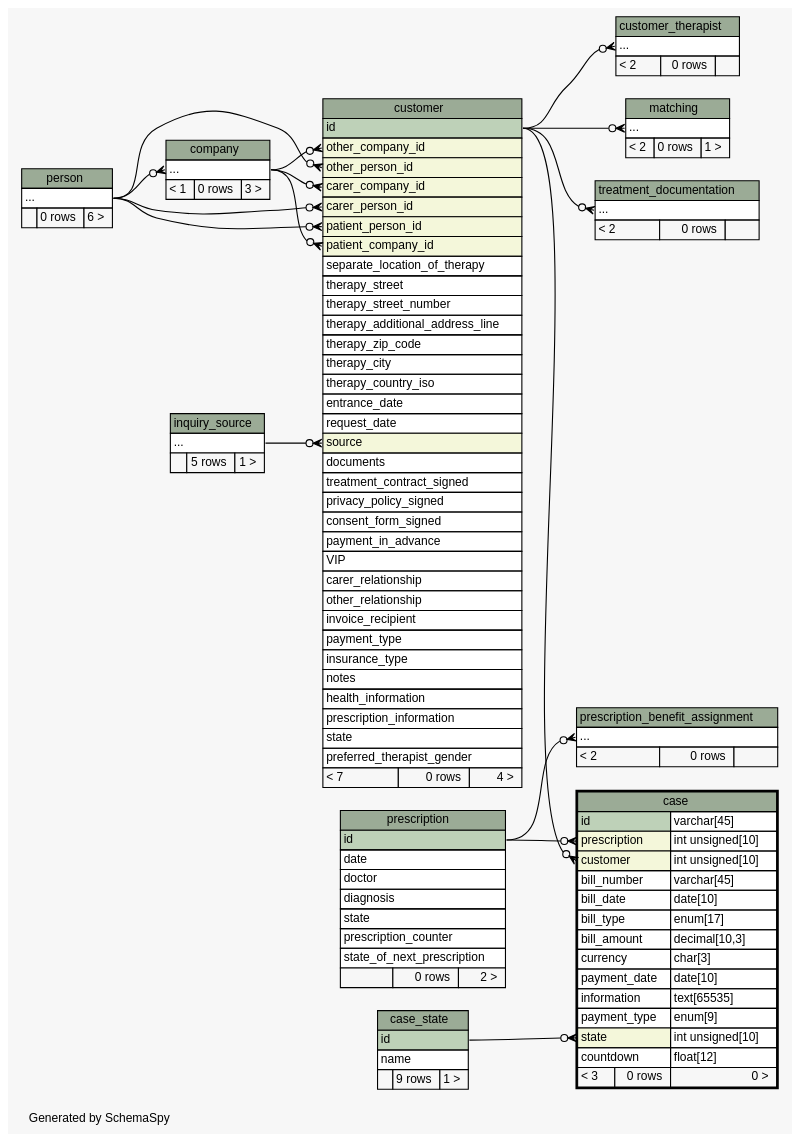
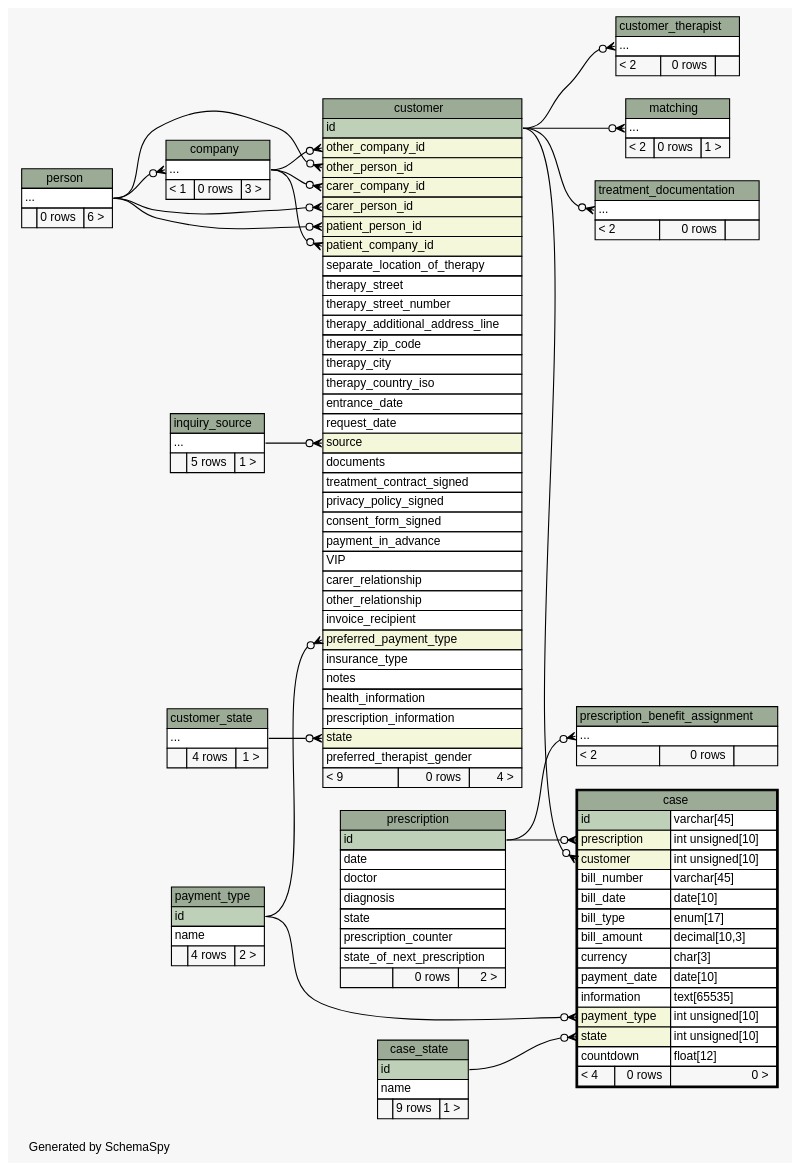
One commit to KaiBMP/KaiBMP.github.io changed the diagram in diagrams/case.2degrees.dot. Above: the diagram before and after it, drawn with Graphviz. The commit also changed 122 other files, not shown here.

Commit message:
schemaspy update

```diff
--- a/diagrams/case.2degrees.dot
+++ b/diagrams/case.2degrees.dot
@@ -20,6 +20,7 @@
     arrowsize="0.8"
   ];
   "case":"customer":w -> "customer":"id":e [arrowhead=none dir=back arrowtail=crowodot];
+  "case":"payment_type":w -> "payment_type":"id":e [arrowhead=none dir=back arrowtail=crowodot];
   "case":"prescription":w -> "prescription":"id":e [arrowhead=none dir=back arrowtail=crowodot];
   "case":"state":w -> "case_state":"id":e [arrowhead=none dir=back arrowtail=crowodot];
   "company":"elipses":w -> "person":"elipses":e [arrowhead=none dir=back arrowtail=crowodot];
@@ -29,7 +30,9 @@
   "customer":"other_person_id":w -> "person":"elipses":e [arrowhead=none dir=back arrowtail=crowodot];
   "customer":"patient_company_id":w -> "company":"elipses":e [arrowhead=none dir=back arrowtail=crowodot];
   "customer":"patient_person_id":w -> "person":"elipses":e [arrowhead=none dir=back arrowtail=crowodot];
+  "customer":"preferred_payment_type":w -> "payment_type":"id":e [arrowhead=none dir=back arrowtail=crowodot];
   "customer":"source":w -> "inquiry_source":"elipses":e [arrowhead=none dir=back arrowtail=crowodot];
+  "customer":"state":w -> "customer_state":"elipses":e [arrowhead=none dir=back arrowtail=crowodot];
   "customer_therapist":"elipses":w -> "customer":"id":e [arrowhead=none dir=back arrowtail=crowodot];
   "matching":"elipses":w -> "customer":"id":e [arrowhead=none dir=back arrowtail=crowodot];
   "prescription_benefit_assignment":"elipses":w -> "prescription":"id":e [arrowhead=none dir=back arrowtail=crowodot];
@@ -48,10 +51,10 @@
       <TR><TD PORT="currency" COLSPAN="2" ALIGN="LEFT">currency</TD><TD PORT="currency.type" ALIGN="LEFT">char[3]</TD></TR>
       <TR><TD PORT="payment_date" COLSPAN="2" ALIGN="LEFT">payment_date</TD><TD PORT="payment_date.type" ALIGN="LEFT">date[10]</TD></TR>
       <TR><TD PORT="information" COLSPAN="2" ALIGN="LEFT">information</TD><TD PORT="information.type" ALIGN="LEFT">text[65535]</TD></TR>
-      <TR><TD PORT="payment_type" COLSPAN="2" ALIGN="LEFT">payment_type</TD><TD PORT="payment_type.type" ALIGN="LEFT">enum[9]</TD></TR>
+      <TR><TD PORT="payment_type" COLSPAN="2" BGCOLOR="#f4f7da" ALIGN="LEFT">payment_type</TD><TD PORT="payment_type.type" ALIGN="LEFT">int unsigned[10]</TD></TR>
       <TR><TD PORT="state" COLSPAN="2" BGCOLOR="#f4f7da" ALIGN="LEFT">state</TD><TD PORT="state.type" ALIGN="LEFT">int unsigned[10]</TD></TR>
       <TR><TD PORT="countdown" COLSPAN="2" ALIGN="LEFT">countdown</TD><TD PORT="countdown.type" ALIGN="LEFT">float[12]</TD></TR>
-      <TR><TD ALIGN="LEFT" BGCOLOR="#f7f7f7">&lt; 3</TD><TD ALIGN="RIGHT" BGCOLOR="#f7f7f7">0 rows</TD><TD ALIGN="RIGHT" BGCOLOR="#f7f7f7">0 &gt;</TD></TR>
+      <TR><TD ALIGN="LEFT" BGCOLOR="#f7f7f7">&lt; 4</TD><TD ALIGN="RIGHT" BGCOLOR="#f7f7f7">0 rows</TD><TD ALIGN="RIGHT" BGCOLOR="#f7f7f7">0 &gt;</TD></TR>
     </TABLE>>
     URL="case.html"
     tooltip="case"
@@ -107,17 +110,27 @@
       <TR><TD PORT="carer_relationship" COLSPAN="3" ALIGN="LEFT">carer_relationship</TD></TR>
       <TR><TD PORT="other_relationship" COLSPAN="3" ALIGN="LEFT">other_relationship</TD></TR>
       <TR><TD PORT="invoice_recipient" COLSPAN="3" ALIGN="LEFT">invoice_recipient</TD></TR>
-      <TR><TD PORT="payment_type" COLSPAN="3" ALIGN="LEFT">payment_type</TD></TR>
+      <TR><TD PORT="preferred_payment_type" COLSPAN="3" BGCOLOR="#f4f7da" ALIGN="LEFT">preferred_payment_type</TD></TR>
       <TR><TD PORT="insurance_type" COLSPAN="3" ALIGN="LEFT">insurance_type</TD></TR>
       <TR><TD PORT="notes" COLSPAN="3" ALIGN="LEFT">notes</TD></TR>
       <TR><TD PORT="health_information" COLSPAN="3" ALIGN="LEFT">health_information</TD></TR>
       <TR><TD PORT="prescription_information" COLSPAN="3" ALIGN="LEFT">prescription_information</TD></TR>
-      <TR><TD PORT="state" COLSPAN="3" ALIGN="LEFT">state</TD></TR>
+      <TR><TD PORT="state" COLSPAN="3" BGCOLOR="#f4f7da" ALIGN="LEFT">state</TD></TR>
       <TR><TD PORT="preferred_therapist_gender" COLSPAN="3" ALIGN="LEFT">preferred_therapist_gender</TD></TR>
-      <TR><TD ALIGN="LEFT" BGCOLOR="#f7f7f7">&lt; 7</TD><TD ALIGN="RIGHT" BGCOLOR="#f7f7f7">0 rows</TD><TD ALIGN="RIGHT" BGCOLOR="#f7f7f7">4 &gt;</TD></TR>
+      <TR><TD ALIGN="LEFT" BGCOLOR="#f7f7f7">&lt; 9</TD><TD ALIGN="RIGHT" BGCOLOR="#f7f7f7">0 rows</TD><TD ALIGN="RIGHT" BGCOLOR="#f7f7f7">4 &gt;</TD></TR>
     </TABLE>>
     URL="customer.html"
     tooltip="customer"
+  ];
+  "customer_state" [
+    label=<
+    <TABLE BORDER="0" CELLBORDER="1" CELLSPACING="0" BGCOLOR="#ffffff">
+      <TR><TD COLSPAN="3" BGCOLOR="#9bab96" ALIGN="CENTER">customer_state</TD></TR>
+      <TR><TD PORT="elipses" COLSPAN="3" ALIGN="LEFT">...</TD></TR>
+      <TR><TD ALIGN="LEFT" BGCOLOR="#f7f7f7">  </TD><TD ALIGN="RIGHT" BGCOLOR="#f7f7f7">4 rows</TD><TD ALIGN="RIGHT" BGCOLOR="#f7f7f7">1 &gt;</TD></TR>
+    </TABLE>>
+    URL="customer_state.html"
+    tooltip="customer_state"
   ];
   "customer_therapist" [
     label=<
@@ -148,6 +161,17 @@
     </TABLE>>
     URL="matching.html"
     tooltip="matching"
+  ];
+  "payment_type" [
+    label=<
+    <TABLE BORDER="0" CELLBORDER="1" CELLSPACING="0" BGCOLOR="#ffffff">
+      <TR><TD COLSPAN="3" BGCOLOR="#9bab96" ALIGN="CENTER">payment_type</TD></TR>
+      <TR><TD PORT="id" COLSPAN="3" BGCOLOR="#bed1b8" ALIGN="LEFT">id</TD></TR>
+      <TR><TD PORT="name" COLSPAN="3" ALIGN="LEFT">name</TD></TR>
+      <TR><TD ALIGN="LEFT" BGCOLOR="#f7f7f7">  </TD><TD ALIGN="RIGHT" BGCOLOR="#f7f7f7">4 rows</TD><TD ALIGN="RIGHT" BGCOLOR="#f7f7f7">2 &gt;</TD></TR>
+    </TABLE>>
+    URL="payment_type.html"
+    tooltip="payment_type"
   ];
   "person" [
     label=<
```
